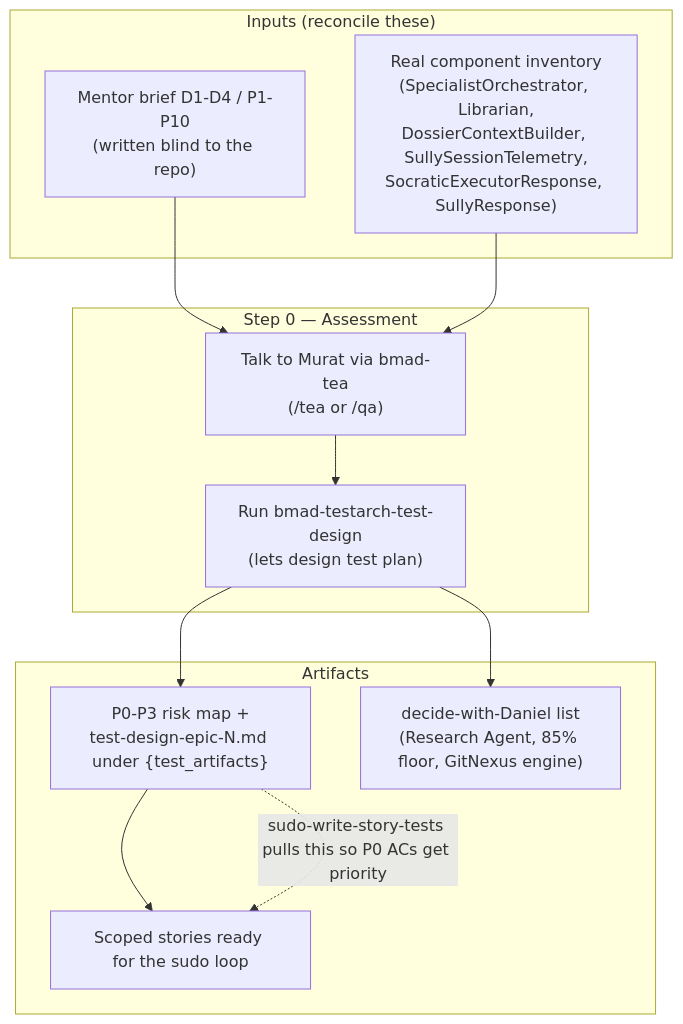
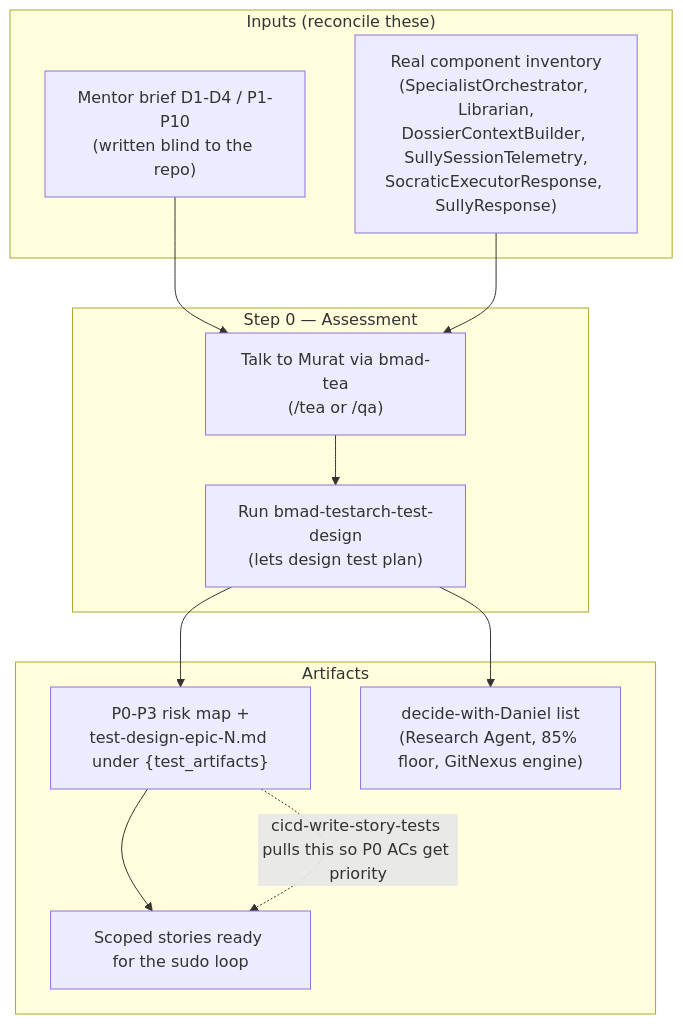
The second of 12 diagrams in _my_resources/diagrams_guides/workflows_tea_testing/tea_testing_guide.md (sudomadhatter/Sudo_Hatter_Command), drawn with Mermaid before and after one commit. The commit also changed other lines of this file and 402 other files, not shown here.

````diff
--- a/_my_resources/diagrams_guides/workflows_tea_testing/tea_testing_guide.md
+++ b/_my_resources/diagrams_guides/workflows_tea_testing/tea_testing_guide.md
@@ -190,23 +190,23 @@
 ```mermaid
 flowchart TD
     subgraph IN ["Inputs (reconcile these)"]
         Brief["Mentor brief D1-D4 / P1-P10\n(written blind to the repo)"]
         Inv["Real component inventory\n(SpecialistOrchestrator, Librarian,\nDossierContextBuilder, SullySessionTelemetry,\nSocraticExecutorResponse, SullyResponse)"]
     end
     subgraph ASSESS ["Step 0 — Assessment"]
         Tea["Talk to Murat via bmad-tea\n(/tea or /qa)"]
         Design["Run bmad-testarch-test-design\n(lets design test plan)"]
         Tea --> Design
     end
     subgraph OUT ["Artifacts"]
         Risk["P0-P3 risk map +\ntest-design-epic-N.md under {test_artifacts}"]
         Decide["decide-with-Daniel list\n(Research Agent, 85% floor, GitNexus engine)"]
         Stories["Scoped stories ready for the sudo loop"]
     end
     Brief --> Tea
     Inv --> Tea
     Design --> Risk
     Design --> Decide
     Risk --> Stories
-    Risk -.->|"sudo-write-story-tests pulls this so P0 ACs get priority"| Stories
+    Risk -.->|"cicd-write-story-tests pulls this so P0 ACs get priority"| Stories
 ```
````
